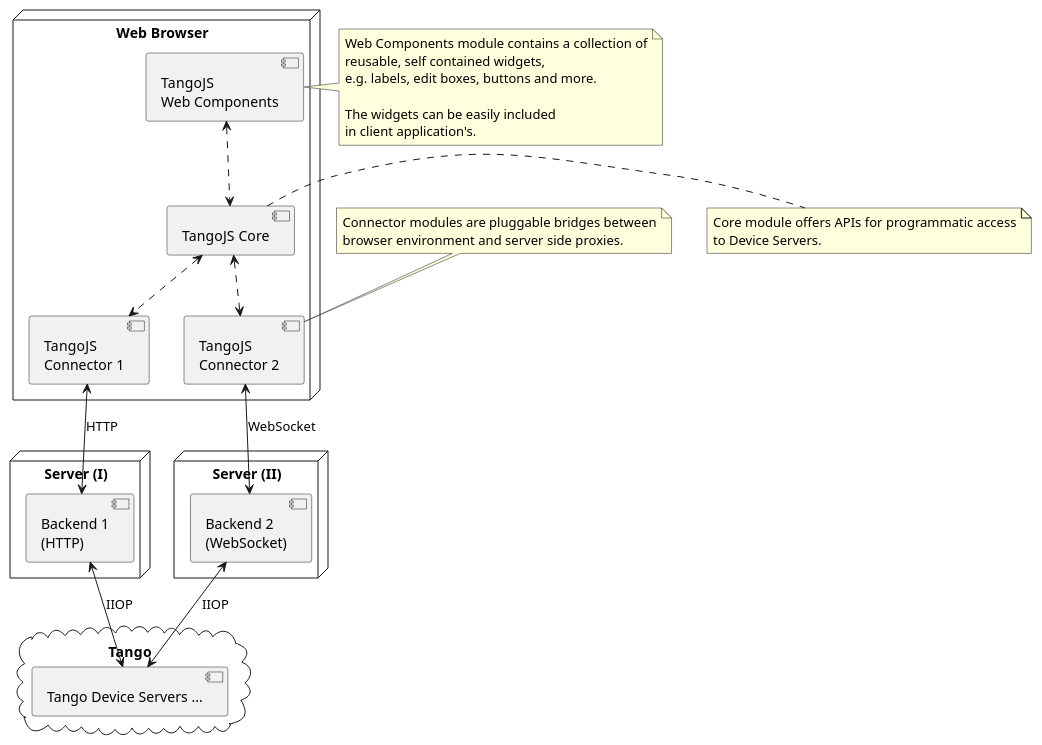
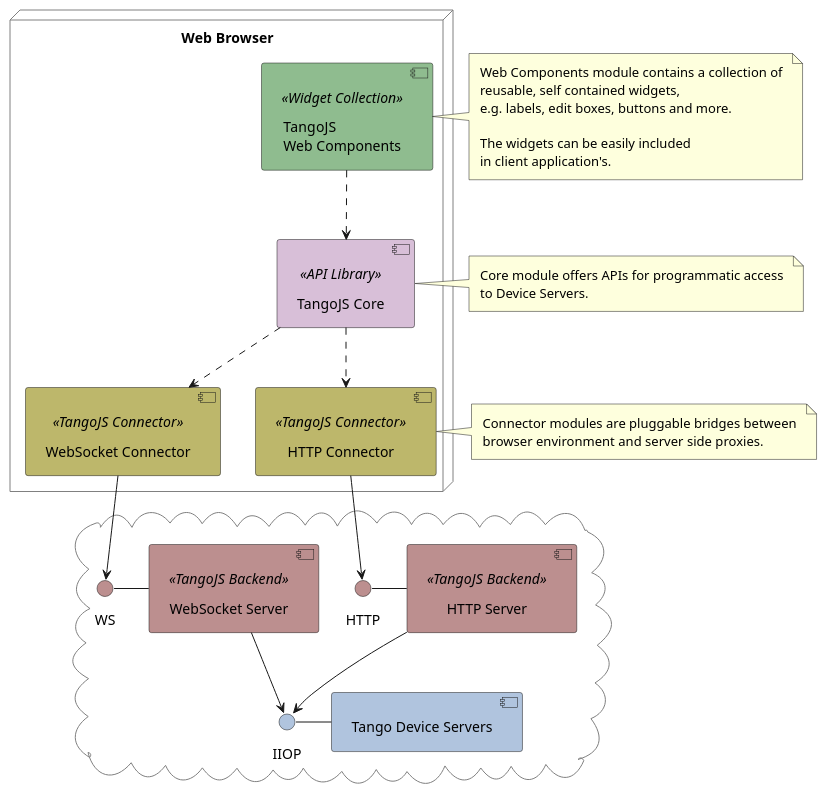
One commit to mliszcz/msc-thesis changed the diagram in papers/case-study/figures/uml-source/03-tangojs-architecture-simple.pu. Above: the diagram before and after it, drawn with PlantUML. The commit also changed 4 other files, not shown here.

Commit message:
[case-study] plantuml diagrams improvement

```diff
--- a/papers/case-study/figures/uml-source/03-tangojs-architecture-simple.pu
+++ b/papers/case-study/figures/uml-source/03-tangojs-architecture-simple.pu
@@ -1,51 +1,57 @@
 @startuml
 
 top to bottom direction
 
+skinparam cloudBorderColor Gray
+skinparam nodeBorderColor Gray
+skinparam Padding 5
+
 node "Web Browser" {
-  [TangoJS\nWeb Components] as WC
-  [TangoJS Core] as Core
-  [TangoJS\nConnector 1] as C1
-  [TangoJS\nConnector 2] as C2
+  [TangoJS\nWeb Components] <<Widget Collection>> as WC #DarkSeaGreen
+  [TangoJS Core] <<API Library>> as Core #Thistle
+  [HTTP Connector] <<TangoJS Connector>> as C1 #DarkKhaki
+  [WebSocket Connector] <<TangoJS Connector>> as C2 #DarkKhaki
 }
 
-node "Server (I)" {
-  [Backend 1\n(HTTP)] as B1
+cloud {
+  [HTTP Server] <<TangoJS Backend>> as B1 #RosyBrown
+  interface HTTP #RosyBrown
+  HTTP - B1
+
+  [WebSocket Server] <<TangoJS Backend>> as B2 #RosyBrown
+  interface WS #RosyBrown
+  WS - B2
+
+  [Tango Device Servers] as DevSrv #LightSteelBlue
+  interface IIOP #LightSteelBlue
+  IIOP - DevSrv
 }
 
-node "Server (II)" {
-  [Backend 2\n(WebSocket)] as B2
-}
-
-cloud "Tango" {
-  [Tango Device Servers ...] as DevSrv
-}
-
-WC <.d.> Core
-Core <.d.> C1
-Core <.d.> C2
-C1 <--> B1 : HTTP
-C2 <--> B2 : WebSocket
-B1 <-do-> [DevSrv] : IIOP
-B2 <-do-> [DevSrv] : IIOP
+WC .d.> Core
+Core .d.> C1
+Core .d.> C2
+C1 --> HTTP
+C2 --> WS
+B1 -do-> IIOP
+B2 -do-> IIOP
 
 note right of WC
   Web Components module contains a collection of
   reusable, self contained widgets,
   e.g. labels, edit boxes, buttons and more.
 
   The widgets can be easily included
   in client application's.
 end note
 
 note right of Core
   Core module offers APIs for programmatic access
   to Device Servers.
 end note
 
-note top of C2
+note right of C1
   Connector modules are pluggable bridges between
   browser environment and server side proxies.
 end note
 
 @enduml
```
